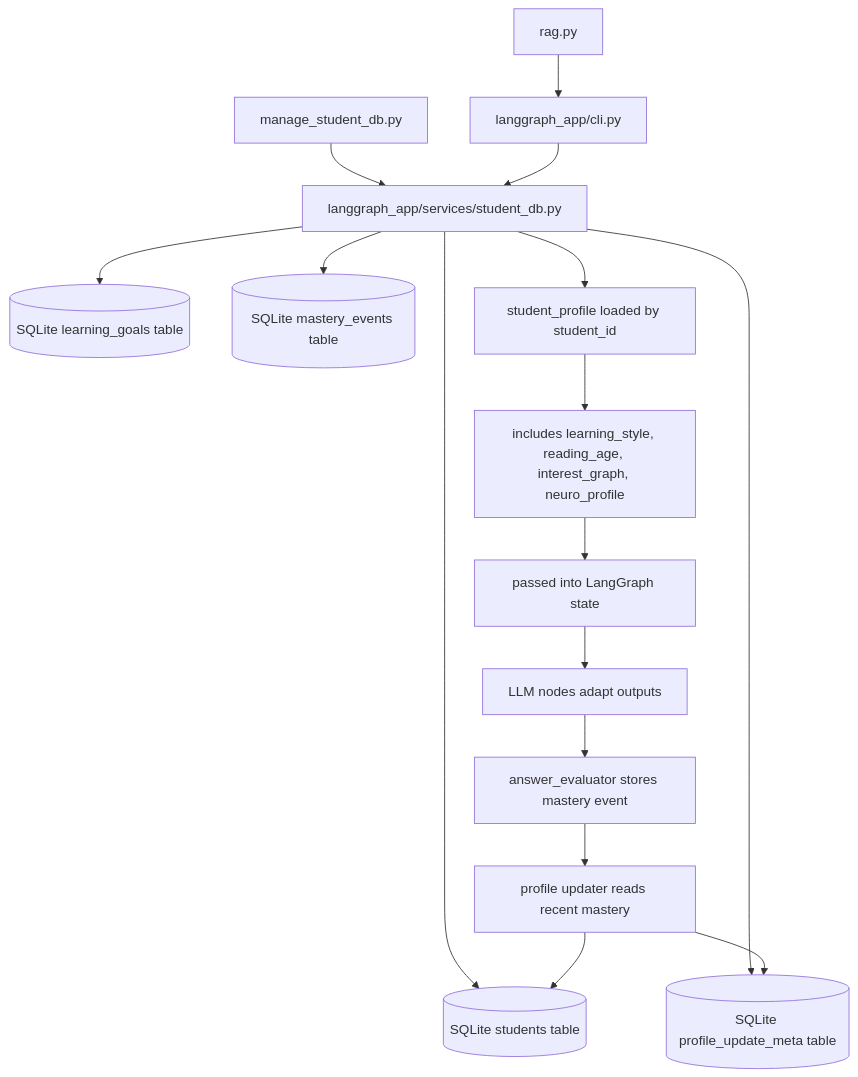
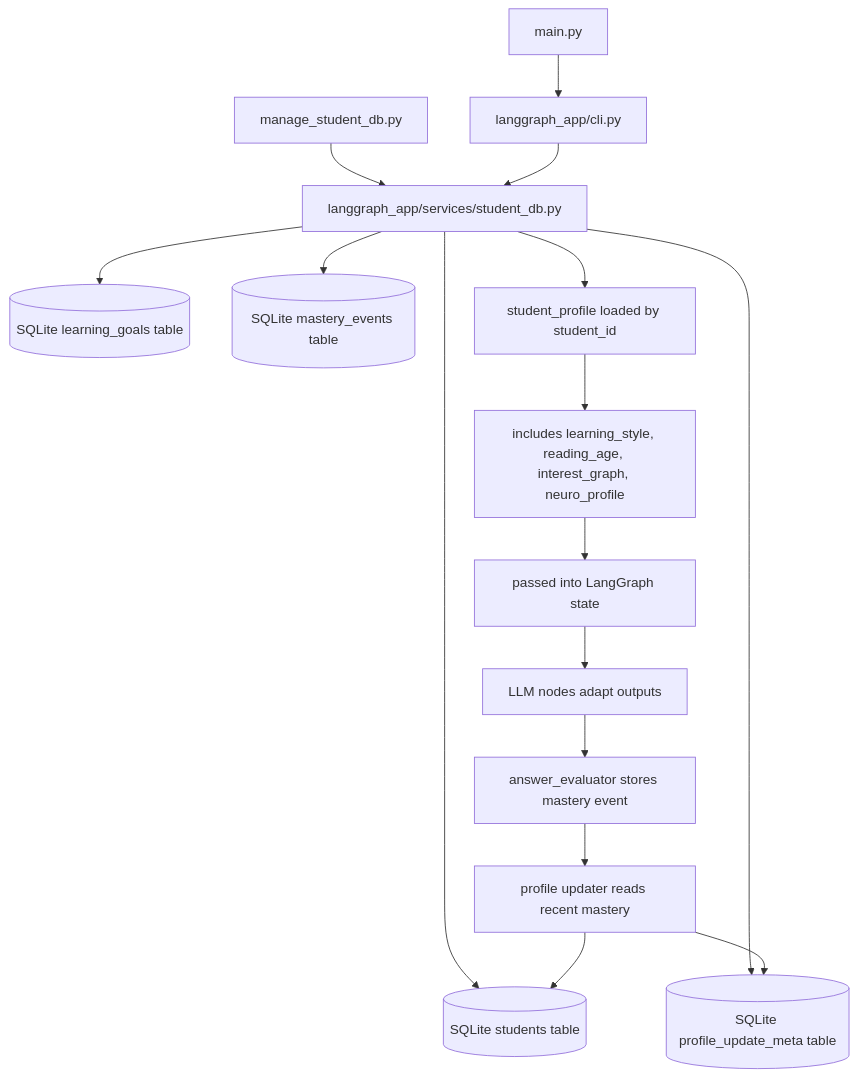
One commit to arxhr007/neurolearn changed the second of 2 diagrams in docs/FLOW.md. Above: the diagram before and after it, drawn with Mermaid. The commit also changed other lines of this file and 13 other files, not shown here.

````diff
--- a/docs/FLOW.md
+++ b/docs/FLOW.md
@@ -53,20 +53,20 @@
 ```mermaid
 flowchart TD
     A[manage_student_db.py] --> B[langgraph_app/services/student_db.py]
-    R[rag.py] --> C[langgraph_app/cli.py]
+    R[main.py] --> C[langgraph_app/cli.py]
     C --> B
 
     B --> S[(SQLite students table)]
     B --> G[(SQLite learning_goals table)]
     B --> M[(SQLite mastery_events table)]
     B --> P[(SQLite profile_update_meta table)]
 
     B --> H[student_profile loaded by student_id]
     H --> I[includes learning_style, reading_age, interest_graph, neuro_profile]
     I --> J[passed into LangGraph state]
     J --> K[LLM nodes adapt outputs]
     K --> L[answer_evaluator stores mastery event]
     L --> U[profile updater reads recent mastery]
     U --> S
     U --> P
 ```
````
